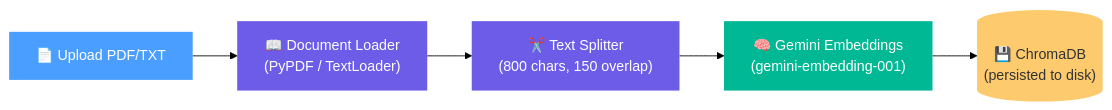
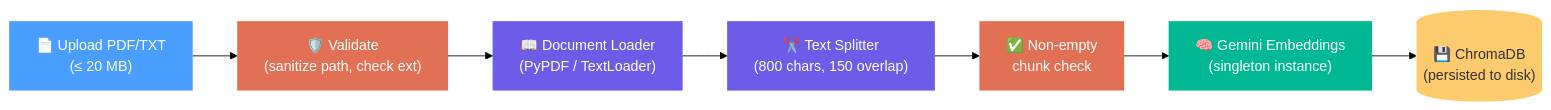
One commit to abhay-ugale-25/RagDocQA changed the first of 2 diagrams in README.md. Above: the diagram before and after it, drawn with Mermaid (forest theme). The commit also changed other lines of this file and 7 other files, not shown here.

````diff
--- a/README.md
+++ b/README.md
@@ -13,13 +15,17 @@
 ```mermaid
 flowchart LR
-    A["📄 Upload PDF/TXT"] --> B["📖 Document Loader<br/>(PyPDF / TextLoader)"]
-    B --> C["✂️ Text Splitter<br/>(800 chars, 150 overlap)"]
-    C --> D["🧠 Gemini Embeddings<br/>(gemini-embedding-001)"]
-    D --> E[("💾 ChromaDB<br/>(persisted to disk)")]
+    A["📄 Upload PDF/TXT\n(≤ 20 MB)"] --> V["🛡️ Validate\n(sanitize path, check ext)"]
+    V --> B["📖 Document Loader\n(PyPDF / TextLoader)"]
+    B --> C["✂️ Text Splitter\n(800 chars, 150 overlap)"]
+    C --> CHK["✅ Non-empty\nchunk check"]
+    CHK --> D["🧠 Gemini Embeddings\n(singleton instance)"]
+    D --> E[("💾 ChromaDB\n(persisted to disk)")]
 
     style A fill:#4a9eff,color:#fff,stroke:none
+    style V fill:#e17055,color:#fff,stroke:none
     style B fill:#6c5ce7,color:#fff,stroke:none
     style C fill:#6c5ce7,color:#fff,stroke:none
+    style CHK fill:#e17055,color:#fff,stroke:none
     style D fill:#00b894,color:#fff,stroke:none
     style E fill:#fdcb6e,color:#333,stroke:none
 ```
````
